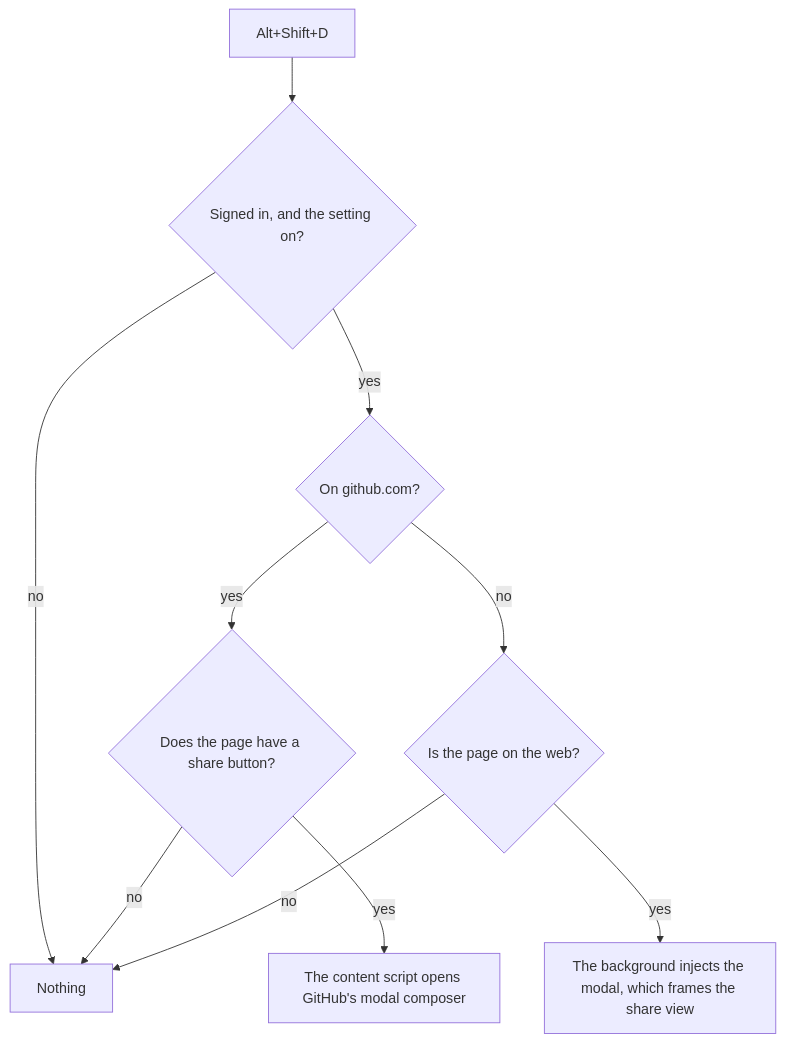
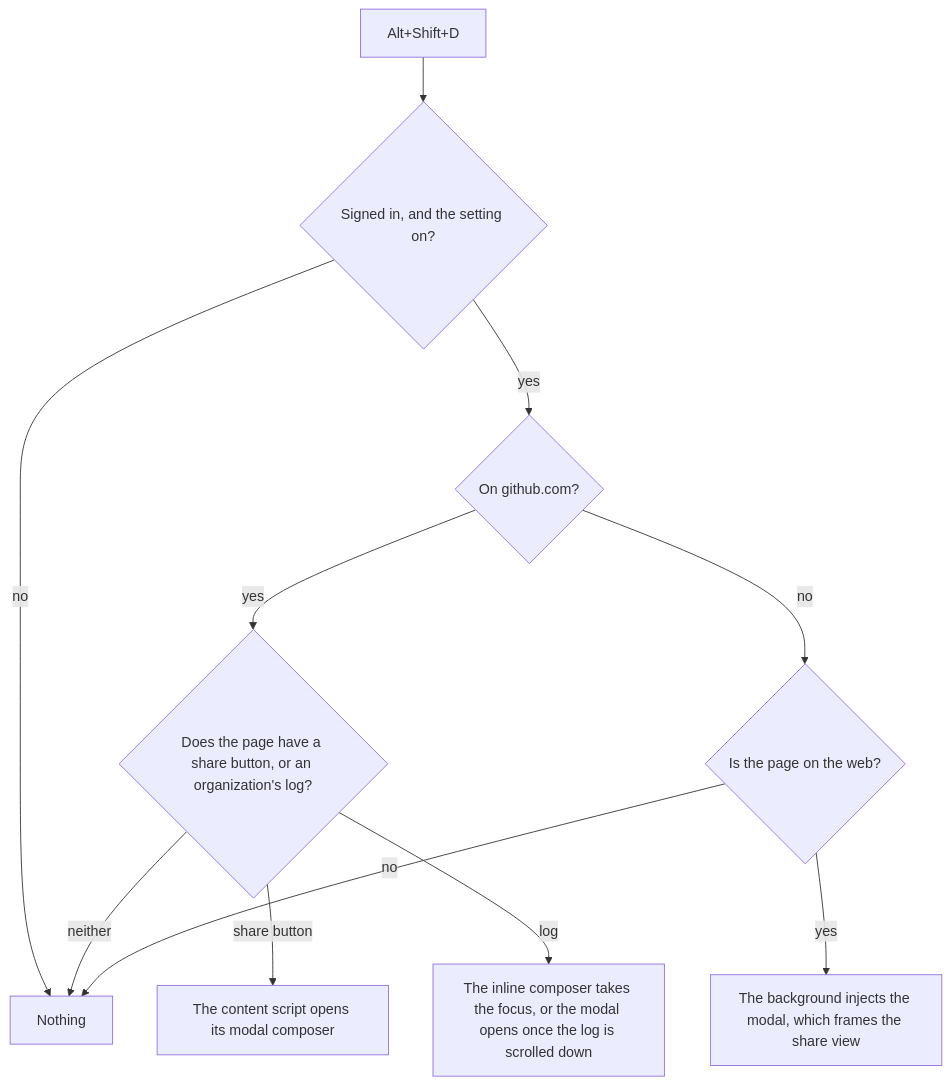
One commit to jubianchi/dev-null-ext changed the first of 2 diagrams in docs/share-any-page.md. Above: the diagram before and after it, drawn with Mermaid. The commit also changed other lines of this file and 2 other files, not shown here.

Commit message:
feat(extension): take Alt+Shift+D to the composer of an organization's log
An organization's /dev/null log has no share button, so the shortcut did
nothing there, though the log has a composer. It now goes where the
contributing guide places that composer: the inline one takes the focus
while it is in view, and the modal opens once the log is scrolled down, as
the header's Commit button does.

🤖 Généré avec Claude Code
Claude-Session: https://claude.ai/code/session_01VLZ5YeNjb31R5KYYXWX64q

````diff
--- a/docs/share-any-page.md
+++ b/docs/share-any-page.md
@@ -87,12 +87,13 @@
 ```mermaid
 flowchart TD
     K[Alt+Shift+D] --> S{Signed in, and the setting on?}
     S -- no --> X[Nothing]
     S -- yes --> G{On github.com?}
-    G -- yes --> B{Does the page have a share button?}
-    B -- yes --> C[The content script opens GitHub's modal composer]
-    B -- no --> X
+    G -- yes --> B{Does the page have a share button, or an organization's log?}
+    B -- share button --> C[The content script opens its modal composer]
+    B -- log --> L[The inline composer takes the focus, or the modal opens once the log is scrolled down]
+    B -- neither --> X
     G -- no --> W{Is the page on the web?}
     W -- no --> X
     W -- yes --> M[The background injects the modal, which frames the share view]
 ```
````
